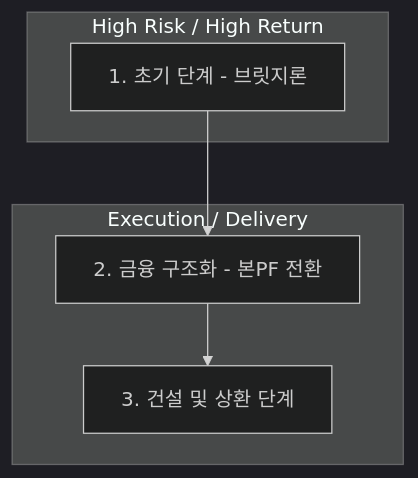
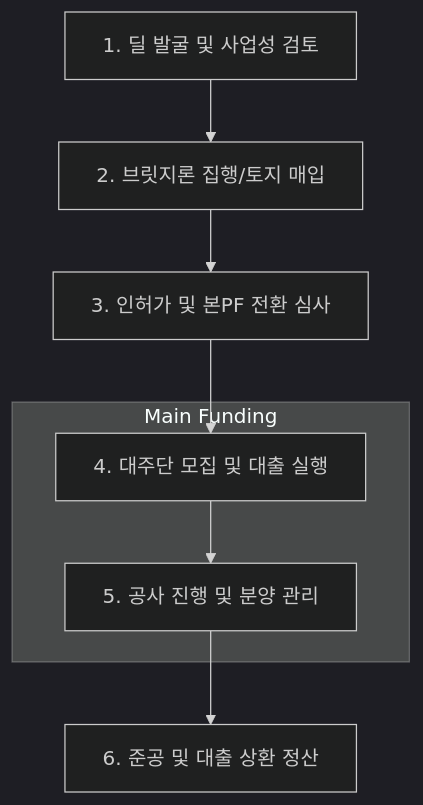
The diagram in src/03_Assets_Verticals/PF/PF_Deal_Lifecycle.md (kbgkim/ib_wiki), drawn with Mermaid (dark theme) before and after one commit. The commit also changed other lines of this file and 7 other files, not shown here.

````diff
--- a/src/03_Assets_Verticals/PF/PF_Deal_Lifecycle.md
+++ b/src/03_Assets_Verticals/PF/PF_Deal_Lifecycle.md
@@ -9,14 +16,13 @@
 ```mermaid
 graph TD
-    A[1. 초기 단계 - 브릿지론] --> B[2. 금융 구조화 - 본PF 전환]
-    B --> C[3. 건설 및 상환 단계]
+    A[1. 딜 발굴 및 사업성 검토] --> B[2. 브릿지론 집행/토지 매입]
+    B --> C[3. 인허가 및 본PF 전환 심사]
+    C --> D[4. 대주단 모집 및 대출 실행]
+    D --> E[5. 공사 진행 및 분양 관리]
+    E --> F[6. 준공 및 대출 상환 정산]
     
-    subgraph "High Risk / High Return"
-    A
-    end
-    
-    subgraph "Execution / Delivery"
-    B
-    C
+    subgraph "Main Funding"
+    D
+    E
     end
 ```
````
